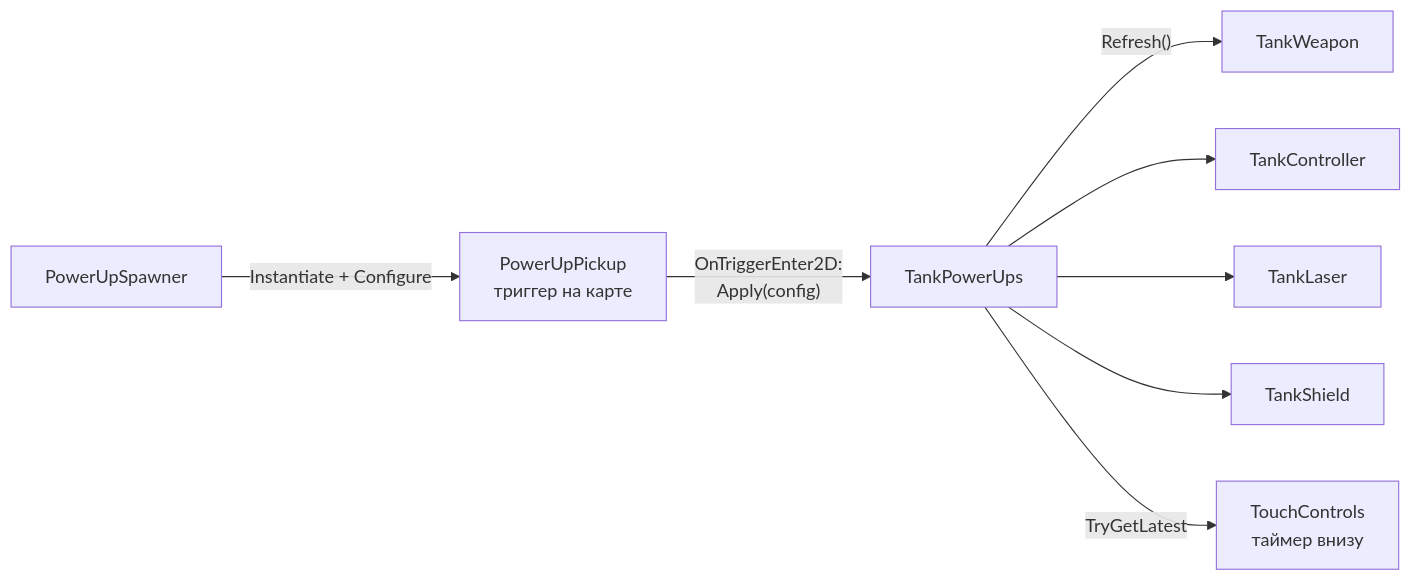
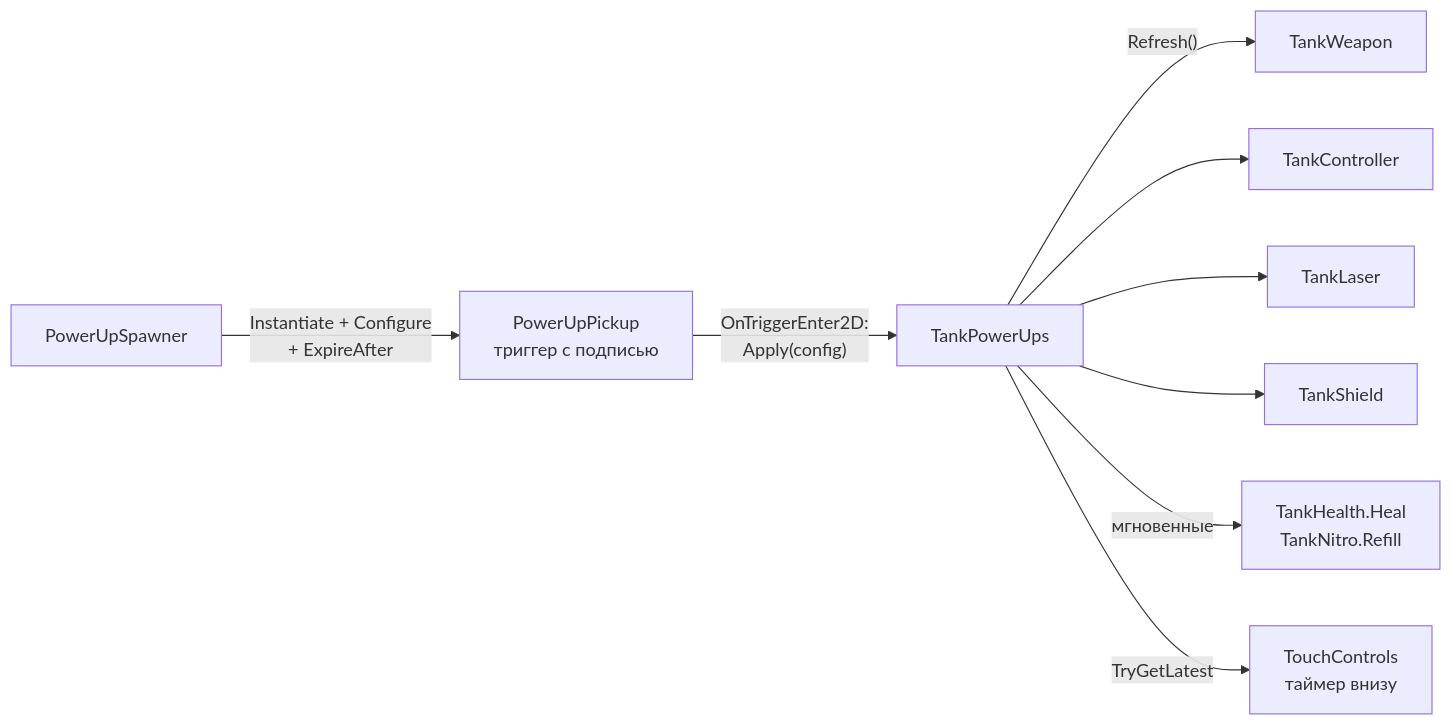
Before and after one commit to niikage7/burmalda-gamejam: the diagram in Documentation/articles/powerups.md, drawn with Mermaid. The commit also changed other lines of this file and 15 other files, not shown here.

````diff
--- a/Documentation/articles/powerups.md
+++ b/Documentation/articles/powerups.md
@@ -30,10 +35,11 @@
 ```mermaid
 flowchart LR
-    SP[PowerUpSpawner] -- "Instantiate + Configure" --> PK[PowerUpPickup<br/>триггер на карте]
+    SP[PowerUpSpawner] -- "Instantiate + Configure<br/>+ ExpireAfter" --> PK["PowerUpPickup<br/>триггер с подписью"]
     PK -- "OnTriggerEnter2D:<br/>Apply(config)" --> TP[TankPowerUps]
     TP -- "Refresh()" --> W[TankWeapon]
     TP --> C[TankController]
     TP --> L[TankLaser]
     TP --> S[TankShield]
+    TP -- "мгновенные" --> HN["TankHealth.Heal<br/>TankNitro.Refill"]
     TP -- TryGetLatest --> UI["TouchControls<br/>таймер внизу"]
 ```
````
